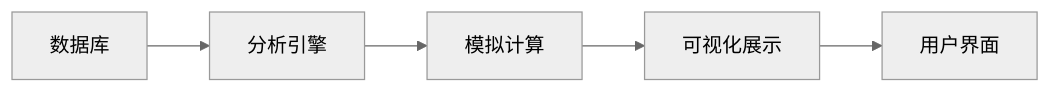
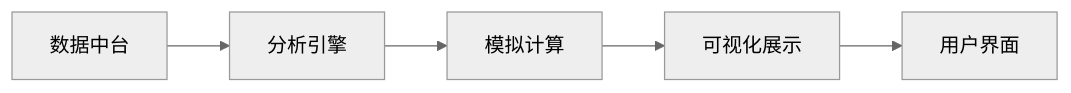
One commit to chensiyi/family-wealth changed the second of 2 diagrams in software-modules/README.md. Above: the diagram before and after it, drawn with Mermaid (neutral theme). The commit also changed other lines of this file, not shown here.

````diff
--- a/software-modules/README.md
+++ b/software-modules/README.md
@@ -70,7 +139,7 @@
 ```mermaid
 graph LR
-    A[数据库] --> B[分析引擎]
+    A[数据中台] --> B[分析引擎]
     B --> C[模拟计算]
     C --> D[可视化展示]
     D --> E[用户界面]
 ```
````
